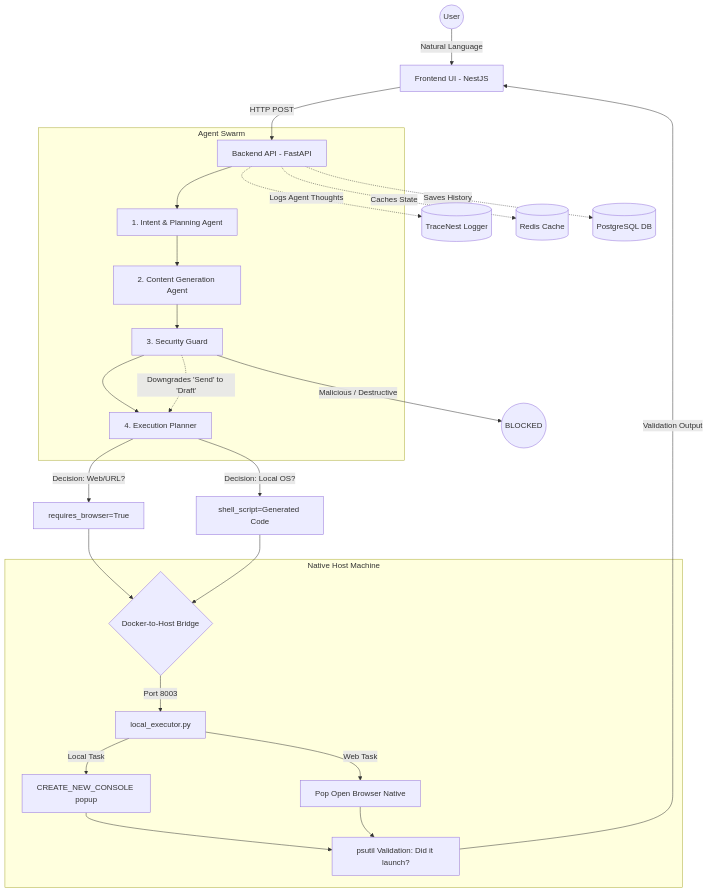
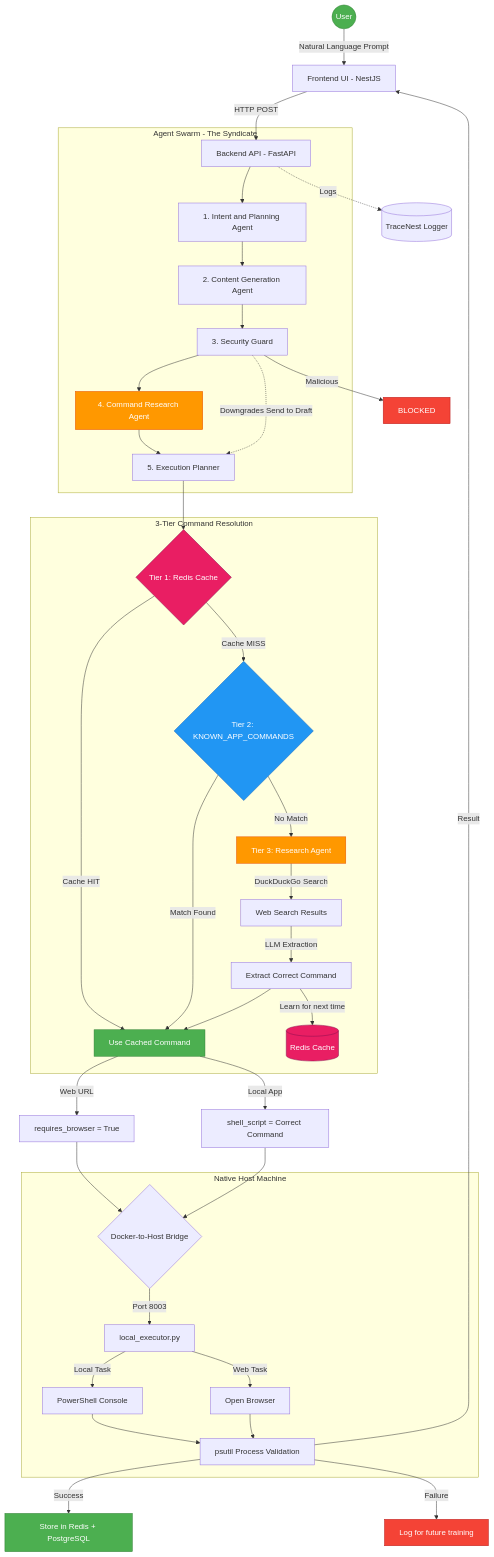
Before and after one commit to vishwajitvm/OmniShell: the diagram in docs/diagrams/architecture.mmd, drawn with Mermaid. The commit also changed 6 other files, not shown here.

Commit message:
Enhance command resolution with Redis integration, add Command Research Agent, and update architecture documentation

```diff
--- a/docs/diagrams/architecture.mmd
+++ b/docs/diagrams/architecture.mmd
@@ -1,39 +1,70 @@
 graph TD;
-    %% Core Users & Interfaces
-    User((User)) -->|Natural Language| UI[Frontend UI - NestJS]
-    UI -->|HTTP POST| Backend[Backend API - FastAPI]
+    %% ============================================================
+    %% 5-AGENT MULTI-AGENT SYNDICATE ARCHITECTURE
+    %% With 3-Tier Command Resolution Pipeline
+    %% ============================================================
 
-    %% Infrastructure & Tracing
-    Backend -.->|Logs Agent Thoughts| TraceNest[(TraceNest Logger)]
-    Backend -.->|Caches State| Redis[(Redis Cache)]
-    Backend -.->|Saves History| Postgres[(PostgreSQL DB)]
+    User((User)) -->|"Natural Language Prompt"| UI[Frontend UI - NestJS];
+    UI -->|"HTTP POST"| Backend[Backend API - FastAPI];
 
-    %% Agent Swarm (The Syndicate)
-    subgraph Agent Swarm
-        Backend --> IntentPlan[1. Intent & Planning Agent]
-        IntentPlan --> ContentGen[2. Content Generation Agent]
-        ContentGen --> SecGuard[3. Security Guard]
-        SecGuard --> ExecPlanner[4. Execution Planner]
+    %% Infrastructure
+    Backend -.->|"Logs"| TraceNest[(TraceNest Logger)];
+
+    %% 5-Agent Swarm
+    subgraph Agent Swarm - The Syndicate
+        Backend --> IntentPlan["1. Intent and Planning Agent"];
+        IntentPlan --> ContentGen["2. Content Generation Agent"];
+        ContentGen --> SecGuard["3. Security Guard"];
+        SecGuard --> ResearchAgent["4. Command Research Agent"];
+        ResearchAgent --> ExecPlanner["5. Execution Planner"];
     end
 
-    %% Security Logic
-    SecGuard -->|Malicious / Destructive| Block((BLOCKED))
-    SecGuard -.->|Downgrades 'Send' to 'Draft'| ExecPlanner
+    %% Security Gate
+    SecGuard -->|"Malicious"| Block["BLOCKED"];
+    SecGuard -.->|"Downgrades Send to Draft"| ExecPlanner;
+
+    %% 3-Tier Command Resolution
+    subgraph 3-Tier Command Resolution
+        ExecPlanner --> Tier1{"Tier 1: Redis Cache"};
+        Tier1 -->|"Cache HIT"| Resolved["Use Cached Command"];
+        Tier1 -->|"Cache MISS"| Tier2{"Tier 2: KNOWN_APP_COMMANDS"};
+        Tier2 -->|"Match Found"| Resolved;
+        Tier2 -->|"No Match"| Tier3["Tier 3: Research Agent"];
+        Tier3 -->|"DuckDuckGo Search"| WebSearch["Web Search Results"];
+        WebSearch -->|"LLM Extraction"| ExtractCmd["Extract Correct Command"];
+        ExtractCmd --> Resolved;
+        ExtractCmd -->|"Learn for next time"| Redis[(Redis Cache)];
+    end
 
     %% Execution Routing
-    ExecPlanner -->|Decision: Web/URL?| WebTask[requires_browser=True]
-    ExecPlanner -->|Decision: Local OS?| LocalTask[shell_script=Generated Code]
+    Resolved -->|"Web URL"| WebTask["requires_browser = True"];
+    Resolved -->|"Local App"| LocalTask["shell_script = Correct Command"];
 
-    WebTask --> DockerBridge{Docker-to-Host Bridge}
-    LocalTask --> DockerBridge
+    WebTask --> DockerBridge{"Docker-to-Host Bridge"};
+    LocalTask --> DockerBridge;
 
     %% Host Execution
     subgraph Native Host Machine
-        DockerBridge -->|Port 8003| LocalExecutor[local_executor.py]
-        LocalExecutor -->|Web Task| OpenBrowser[Pop Open Browser Native]
-        LocalExecutor -->|Local Task| OpenTerminal[CREATE_NEW_CONSOLE popup]
-        OpenTerminal --> Validation[psutil Validation: Did it launch?]
-        OpenBrowser --> Validation
+        DockerBridge -->|"Port 8003"| LocalExecutor["local_executor.py"];
+        LocalExecutor -->|"Web Task"| OpenBrowser["Open Browser"];
+        LocalExecutor -->|"Local Task"| OpenTerminal["PowerShell Console"];
+        OpenTerminal --> Validation["psutil Process Validation"];
+        OpenBrowser --> Validation;
     end
 
-    Validation -->|Validation Output| UI
+    %% Feedback Loop
+    Validation -->|"Success"| StoreSuccess["Store in Redis + PostgreSQL"];
+    Validation -->|"Failure"| LogFailure["Log for future training"];
+    Validation -->|"Result"| UI;
+
+    %% Styling
+    style User fill:#4CAF50,stroke:#2E7D32,color:#fff;
+    style ResearchAgent fill:#FF9800,stroke:#E65100,color:#fff;
+    style Tier1 fill:#E91E63,stroke:#880E4F,color:#fff;
+    style Tier2 fill:#2196F3,stroke:#1565C0,color:#fff;
+    style Tier3 fill:#FF9800,stroke:#E65100,color:#fff;
+    style Redis fill:#E91E63,stroke:#880E4F,color:#fff;
+    style Resolved fill:#4CAF50,stroke:#2E7D32,color:#fff;
+    style Block fill:#F44336,stroke:#B71C1C,color:#fff;
+    style StoreSuccess fill:#4CAF50,stroke:#2E7D32,color:#fff;
+    style LogFailure fill:#F44336,stroke:#B71C1C,color:#fff;
```
